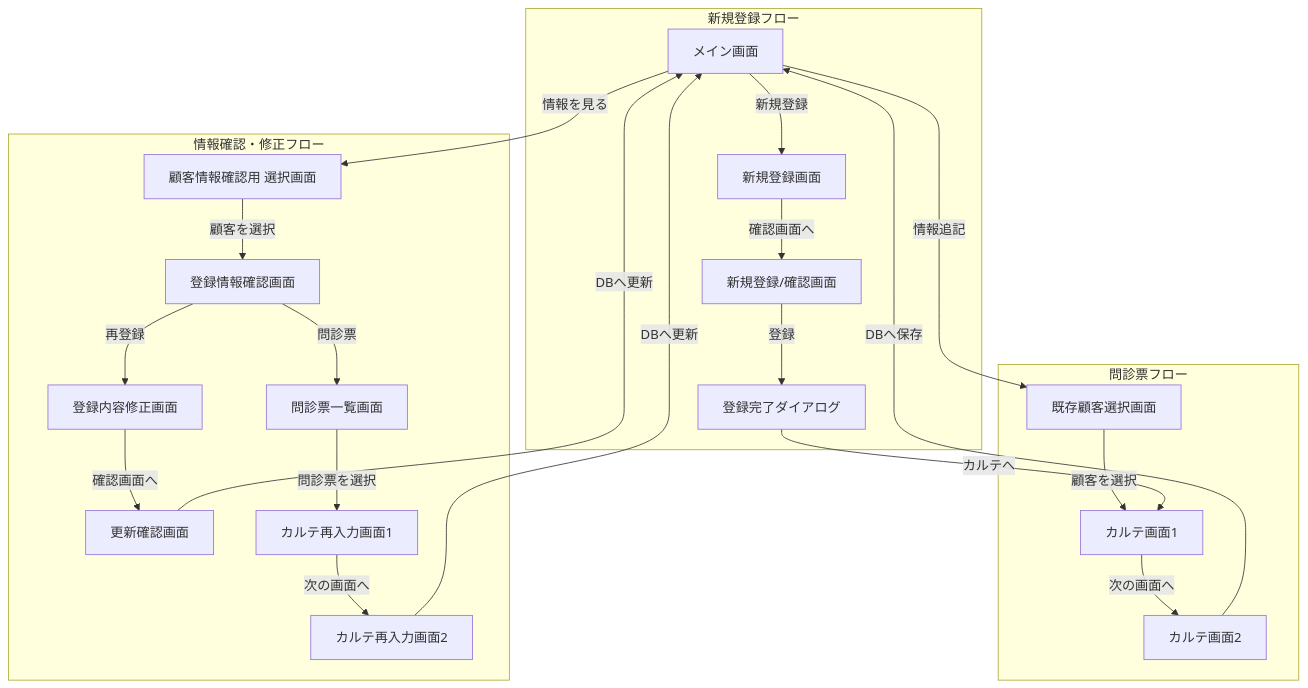
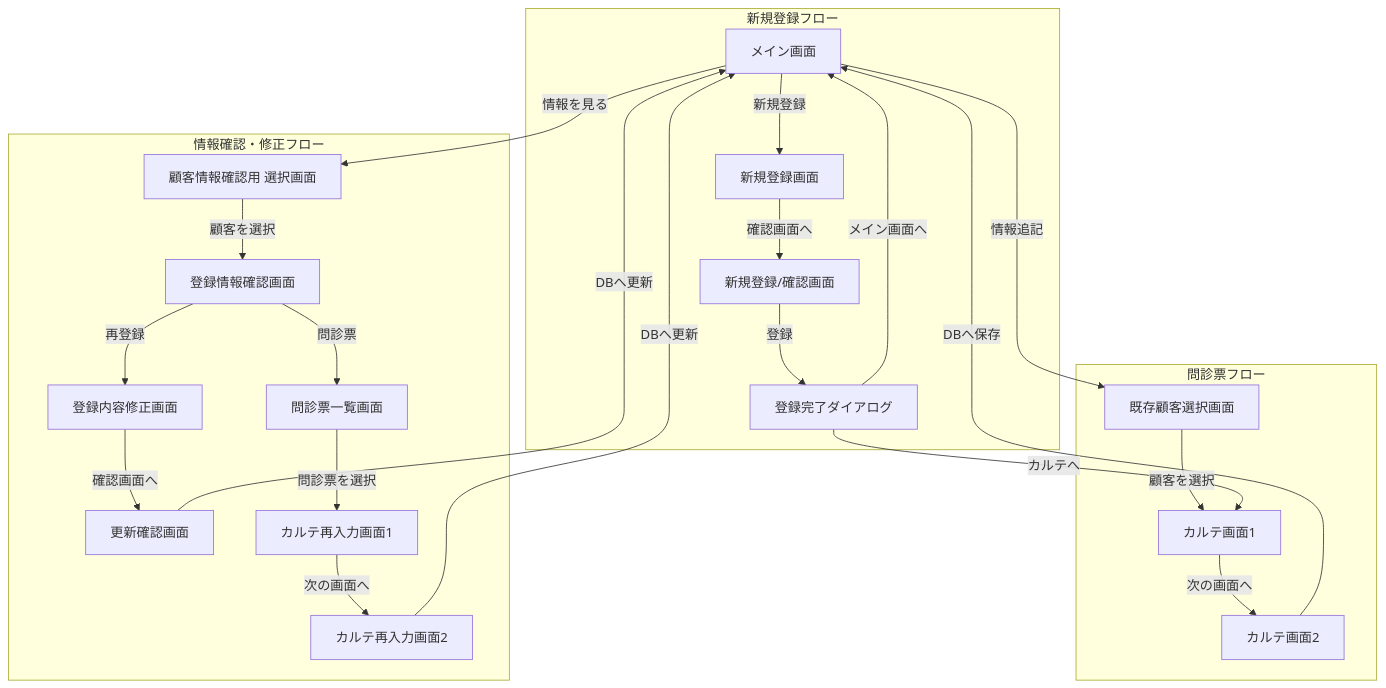
Before and after one commit to PANAKA-4696/Questionnaire_App: the diagram in README.md, drawn with Mermaid.

Commit message:
Update README.md
Mermaidの画面遷移を少し修正

````diff
--- a/README.md
+++ b/README.md
@@ -222,28 +222,29 @@
 ```mermaid
 graph TD;
     subgraph "新規登録フロー"
         MainActivity["メイン画面"] -- "新規登録" --> NewCustomer["新規登録画面"];
         NewCustomer -- "確認画面へ" --> NewCustomerConfirm["新規登録/確認画面"];
         NewCustomerConfirm -- "登録" --> CompleteDialog["登録完了ダイアログ"];
+        CompleteDialog -- "メイン画面へ" --> MainActivity;
     end
 
     subgraph "問診票フロー"
         MainActivity -- "情報追記" --> LoginCustomer["既存顧客選択画面"];
         LoginCustomer -- "顧客を選択" --> Questionnaire["カルテ画面1"];
         CompleteDialog -- "カルテへ" --> Questionnaire;
         Questionnaire -- "次の画面へ" --> Questionnaire2["カルテ画面2"];
         Questionnaire2 -- "DBへ保存" --> MainActivity;
     end
 
     subgraph "情報確認・修正フロー"
         MainActivity -- "情報を見る" --> InfomationCheckLogin["顧客情報確認用 選択画面"];
         InfomationCheckLogin -- "顧客を選択" --> CustomerInfoConfirm["登録情報確認画面"];
         CustomerInfoConfirm -- "再登録" --> ReEnterCustomer["登録内容修正画面"];
         ReEnterCustomer -- "確認画面へ" --> CustomerConfirm["更新確認画面"];
         CustomerConfirm -- "DBへ更新" --> MainActivity;
         CustomerInfoConfirm -- "問診票" --> QuestionConfirmLogin["問診票一覧画面"];
         QuestionConfirmLogin -- "問診票を選択" --> ReQuestionnaire["カルテ再入力画面1"];
         ReQuestionnaire -- "次の画面へ" --> ReQuestionnaire2["カルテ再入力画面2"];
         ReQuestionnaire2 -- "DBへ更新" --> MainActivity;
     end
 ```
````
